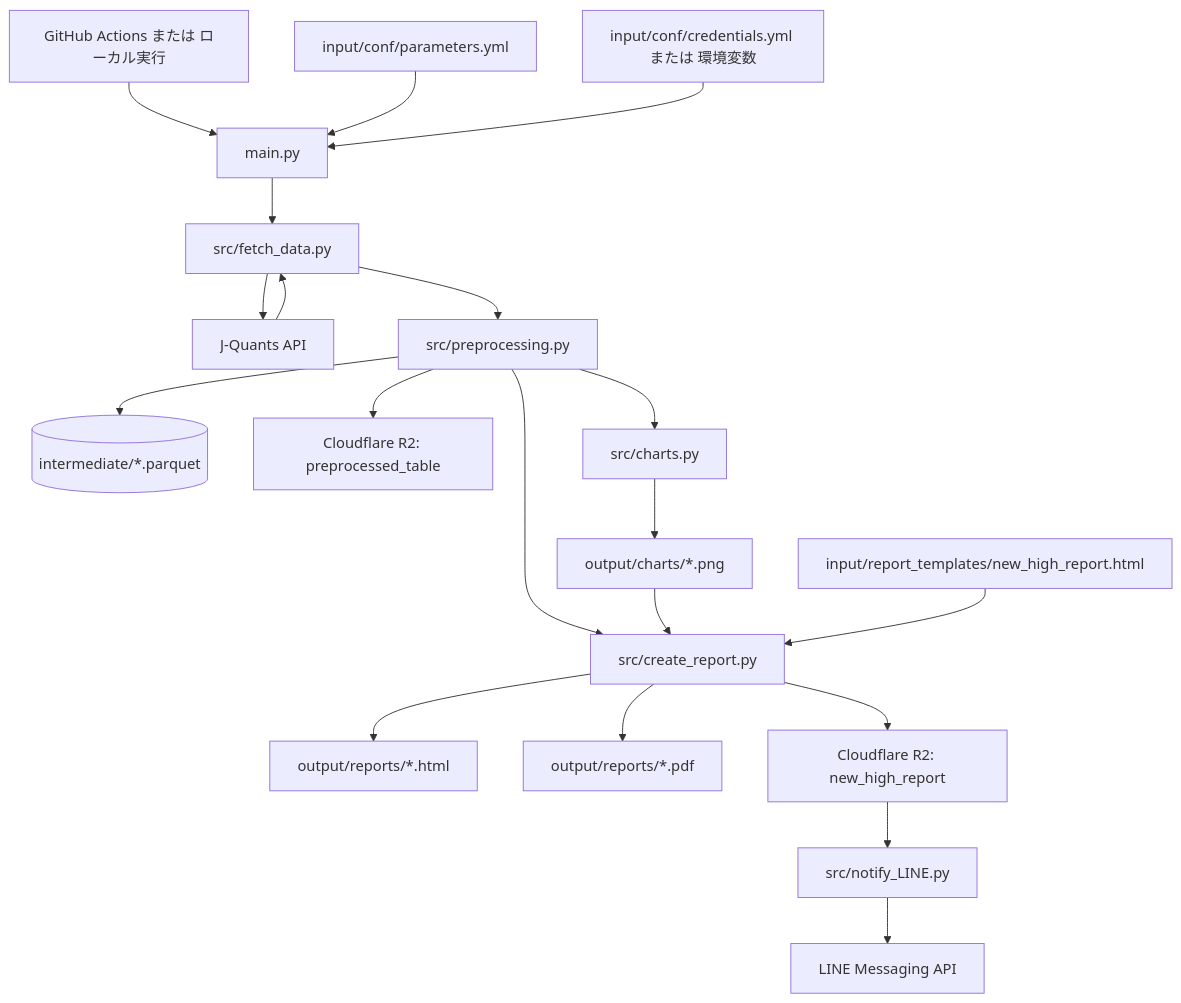
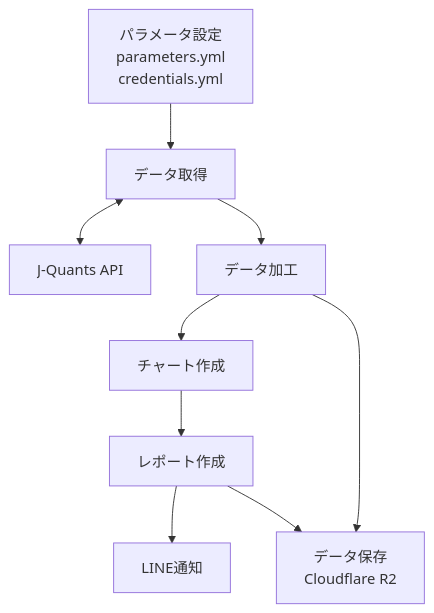
The diagram in README.md (hiroyfm/new-high-report), drawn with Mermaid before and after one commit. The commit also changed other lines of this file, not shown here.

````diff
--- a/README.md
+++ b/README.md
@@ -54,28 +70,14 @@
 ```mermaid
 flowchart TD
-    A[GitHub Actions または ローカル実行] --> B[main.py]
+    A[パラメータ設定<br/>parameters.yml<br/>credentials.yml] --> B[データ取得]
 
-    P[input/conf/parameters.yml] --> B
-    C[input/conf/credentials.yml または 環境変数] --> B
+    B <--> JQ[J-Quants API]
 
-    B --> F[src/fetch_data.py]
-    F --> JQ[J-Quants API]
-    JQ --> F
+    B --> C[データ加工]
+    C --> D[チャート作成]
+    D --> E[レポート作成]
+    E --> F[LINE通知]
 
-    F --> PR[src/preprocessing.py]
-    PR --> I[(intermediate/*.parquet)]
-    PR --> R2A[Cloudflare R2: preprocessed_table]
-
-    PR --> CH[src/charts.py]
-    CH --> PNG[output/charts/*.png]
-
-    PR --> RP[src/create_report.py]
-    PNG --> RP
-    T[input/report_templates/new_high_report.html] --> RP
-    RP --> HTML[output/reports/*.html]
-    RP --> PDF[output/reports/*.pdf]
-    RP --> R2B[Cloudflare R2: new_high_report]
-
-    R2B --> N[src/notify_LINE.py]
-    N --> LINE[LINE Messaging API]
+    C --> R2[データ保存<br/>Cloudflare R2]
+    E --> R2
 ```
````
